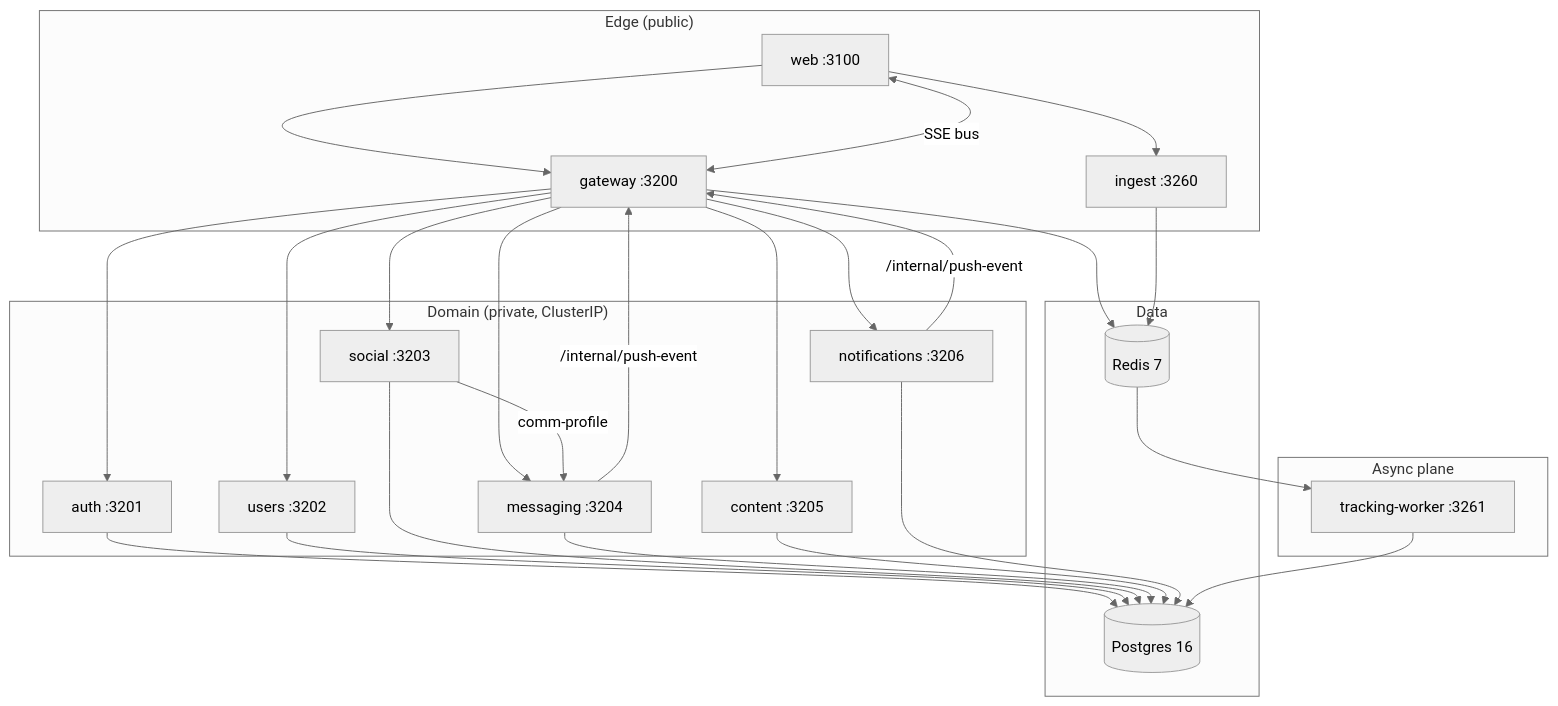
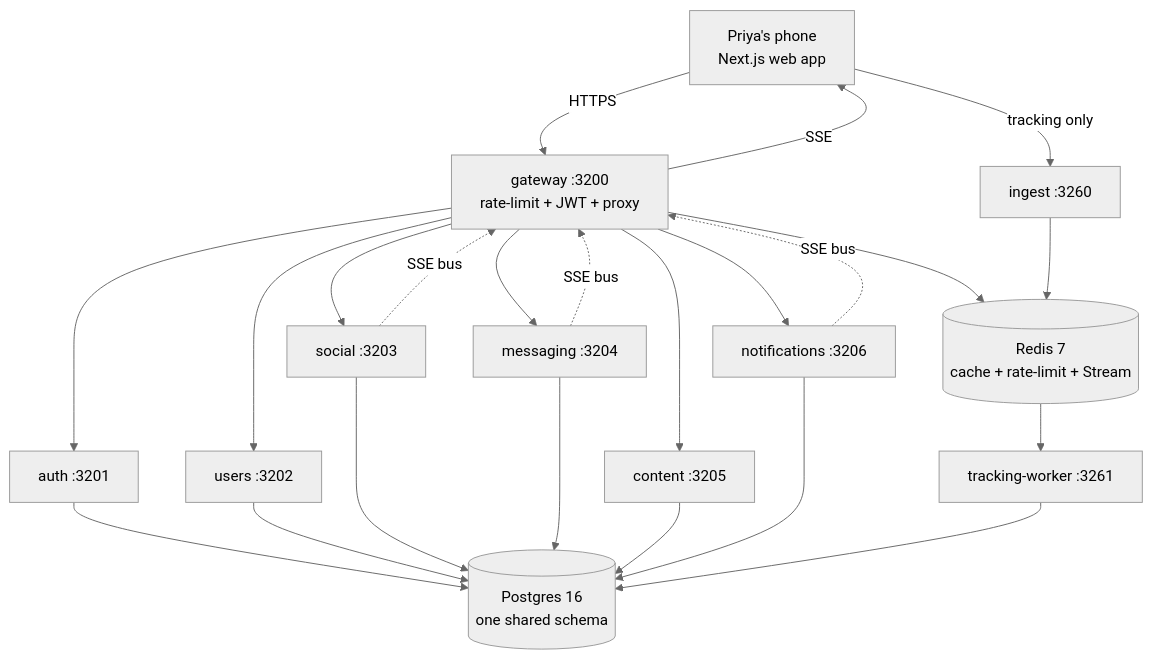
The first of 2 diagrams in docs/ARCHITECTURE.md (shashisingh007/Miamo), drawn with Mermaid (neutral theme) before and after one commit. The commit also changed other lines of this file and 20 other files, not shown here.

````diff
--- a/docs/ARCHITECTURE.md
+++ b/docs/ARCHITECTURE.md
@@ -7,35 +15,41 @@
 ```mermaid
 flowchart TB
-  subgraph Edge["Edge (public)"]
-    WEB[web :3100]
-    GW[gateway :3200]
-    ING[ingest :3260]
-  end
-  subgraph Domain["Domain (private, ClusterIP)"]
-    AUTH[auth :3201]
-    USERS[users :3202]
-    SOC[social :3203]
-    MSG[messaging :3204]
-    CON[content :3205]
-    NOT[notifications :3206]
-  end
-  subgraph Worker["Async plane"]
+    Phone[Priya's phone<br/>Next.js web app]
+    GW[gateway :3200<br/>rate-limit + JWT + proxy]
+    Auth[auth :3201]
+    Users[users :3202]
+    Social[social :3203]
+    Msg[messaging :3204]
+    Content[content :3205]
+    Notif[notifications :3206]
+    Ingest[ingest :3260]
     TW[tracking-worker :3261]
-  end
-  subgraph Data
-    PG[(Postgres 16)]
-    RD[(Redis 7)]
-  end
-  WEB --> GW
-  WEB --> ING
-  GW --> AUTH & USERS & SOC & MSG & CON & NOT
-  GW <-->|SSE bus| WEB
-  NOT -->|/internal/push-event| GW
-  MSG -->|/internal/push-event| GW
-  SOC -->|comm-profile| MSG
-  AUTH & USERS & SOC & MSG & CON & NOT --> PG
-  GW --> RD
-  ING --> RD
-  RD --> TW
-  TW --> PG
+    DB[(Postgres 16<br/>one shared schema)]
+    R[(Redis 7<br/>cache + rate-limit + Stream)]
+
+    Phone -- HTTPS --> GW
+    GW --> Auth
+    GW --> Users
+    GW --> Social
+    GW --> Msg
+    GW --> Content
+    GW --> Notif
+    Phone -- tracking only --> Ingest
+
+    Auth --> DB
+    Users --> DB
+    Social --> DB
+    Msg --> DB
+    Content --> DB
+    Notif --> DB
+
+    GW --> R
+    Ingest --> R
+    R --> TW
+    TW --> DB
+
+    Social -. SSE bus .-> GW
+    Msg   -. SSE bus .-> GW
+    Notif -. SSE bus .-> GW
+    GW -- SSE --> Phone
 ```
````
